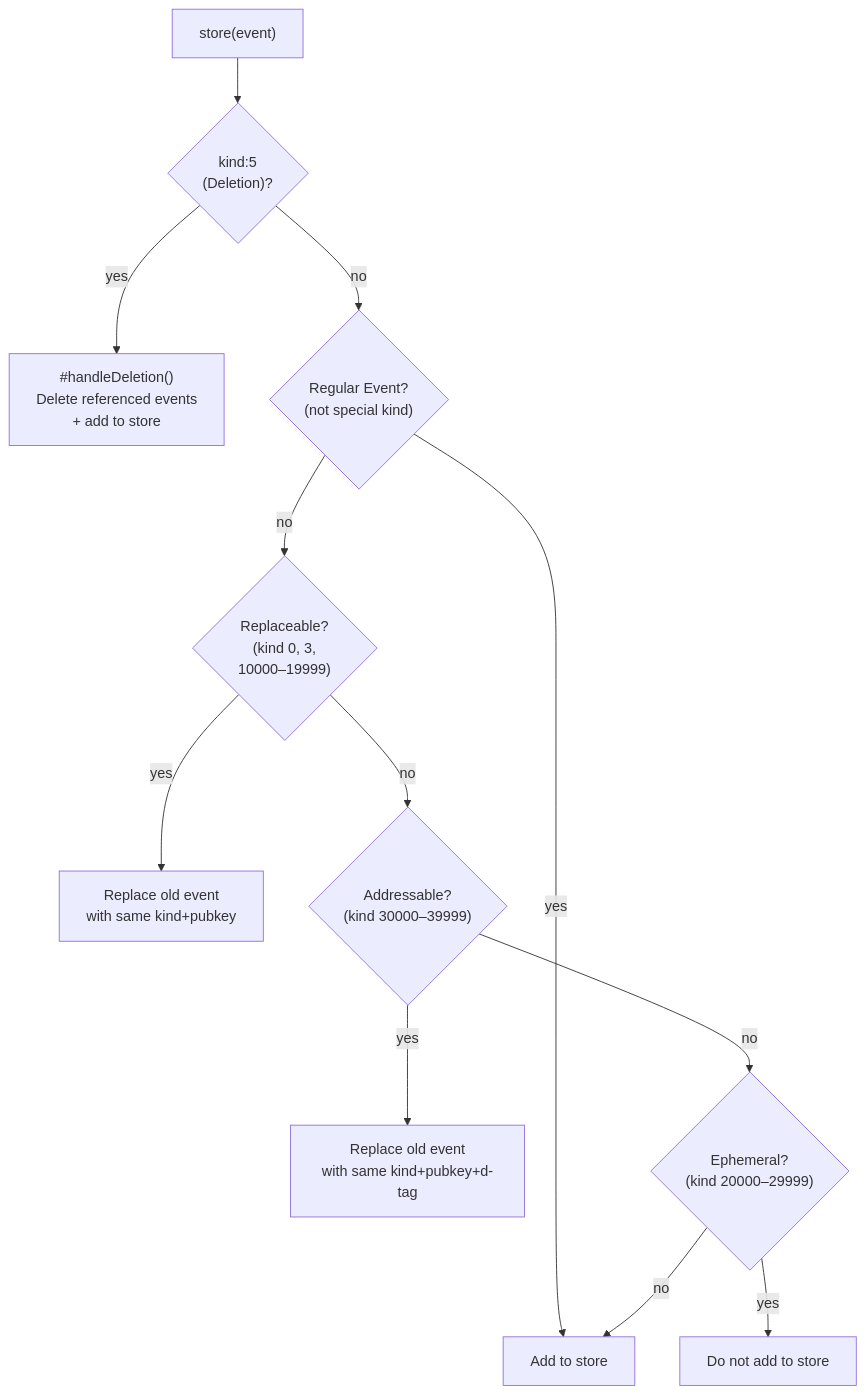
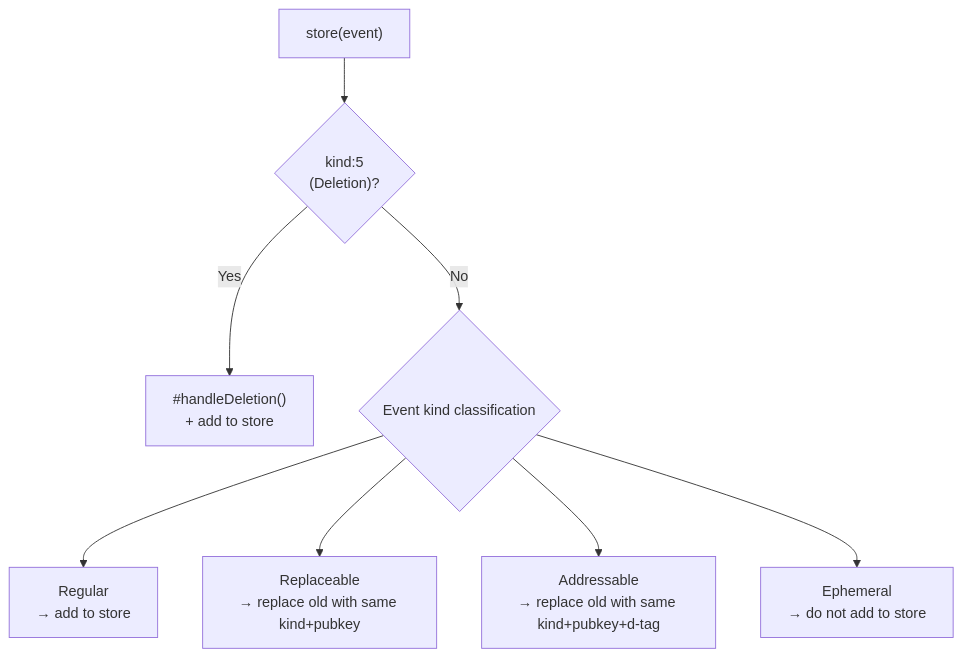
One commit to ikuradon/tsunagiya changed the eighth of 15 diagrams in docs/en/reference/architecture.md. Above: the diagram before and after it, drawn with Mermaid. The commit also changed other lines of this file and 12 other files, not shown here.

First line of the commit message:
fix: architecture.md の日英齟齬を解消し未使用ファイルを削除

````diff
--- a/docs/en/reference/architecture.md
+++ b/docs/en/reference/architecture.md
@@ -294,14 +284,10 @@
 ```mermaid
 flowchart TD
-    STORE["store(event)"] --> K5{"kind:5\n(Deletion)?"}
-    K5 -->|yes| DEL["#handleDeletion()\nDelete referenced events\n+ add to store"]
-    K5 -->|no| REG{"Regular Event?\n(not special kind)"}
-    REG -->|yes| ADD["Add to store"]
-    REG -->|no| REPL{"Replaceable?\n(kind 0, 3,\n10000–19999)"}
-    REPL -->|yes| REPLACE["Replace old event\nwith same kind+pubkey"]
-    REPL -->|no| ADDR{"Addressable?\n(kind 30000–39999)"}
-    ADDR -->|yes| ADDRREPLACE["Replace old event\nwith same kind+pubkey+d-tag"]
-    ADDR -->|no| EPH{"Ephemeral?\n(kind 20000–29999)"}
-    EPH -->|yes| SKIP["Do not add to store"]
-    EPH -->|no| ADD
+    Store["store(event)"] --> K5{"kind:5\n(Deletion)?"}
+    K5 -->|"Yes"| Del["#handleDeletion()\n+ add to store"]
+    K5 -->|"No"| KClass{"Event kind classification"}
+    KClass --> Regular["Regular\n→ add to store"]
+    KClass --> Repl["Replaceable\n→ replace old with same kind+pubkey"]
+    KClass --> ParamRepl["Addressable\n→ replace old with same kind+pubkey+d-tag"]
+    KClass --> Ephem["Ephemeral\n→ do not add to store"]
 ```
````
